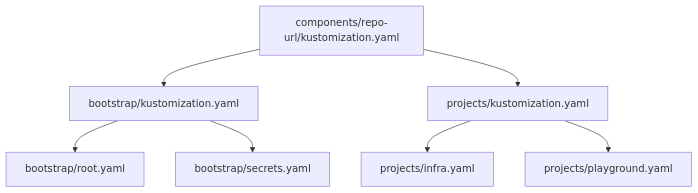
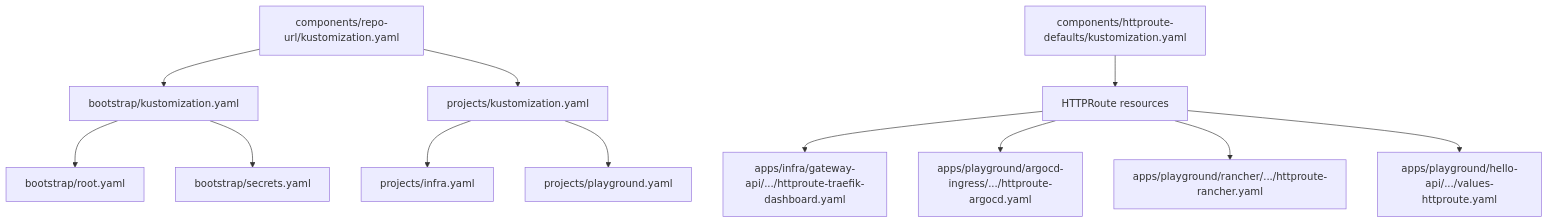
Before and after one commit to Hoangvu75/k8s_manifest: the eighth of 8 diagrams in .qoder/repowiki/en/content/Architecture and Design/Component-Based Design Patterns.md, drawn with Mermaid. The commit also changed other lines of this file and 5 other files, not shown here.

````diff
--- a/.qoder/repowiki/en/content/Architecture and Design/Component-Based Design Patterns.md
+++ b/.qoder/repowiki/en/content/Architecture and Design/Component-Based Design Patterns.md
@@ -233,9 +297,14 @@
 ```mermaid
 graph TB
 RepoURL["components/repo-url/kustomization.yaml"] --> BootstrapK["bootstrap/kustomization.yaml"]
 RepoURL --> ProjectsK["projects/kustomization.yaml"]
+HTTPDefaults["components/httproute-defaults/kustomization.yaml"] --> HTTPRouteResources["HTTPRoute resources"]
 BootstrapK --> RootApp["bootstrap/root.yaml"]
 BootstrapK --> SecretsApp["bootstrap/secrets.yaml"]
 ProjectsK --> InfraProj["projects/infra.yaml"]
 ProjectsK --> PlaygroundProj["projects/playground.yaml"]
+HTTPRouteResources --> TraefikRoute["apps/infra/gateway-api/.../httproute-traefik-dashboard.yaml"]
+HTTPRouteResources --> ArgocdRoute["apps/playground/argocd-ingress/.../httproute-argocd.yaml"]
+HTTPRouteResources --> RancherRoute["apps/playground/rancher/.../httproute-rancher.yaml"]
+HTTPRouteResources --> HelloAPIRoute["apps/playground/hello-api/.../values-httproute.yaml"]
 ```
````
